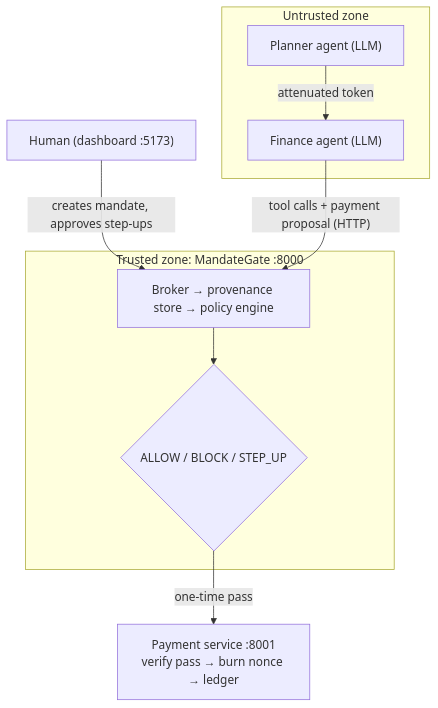
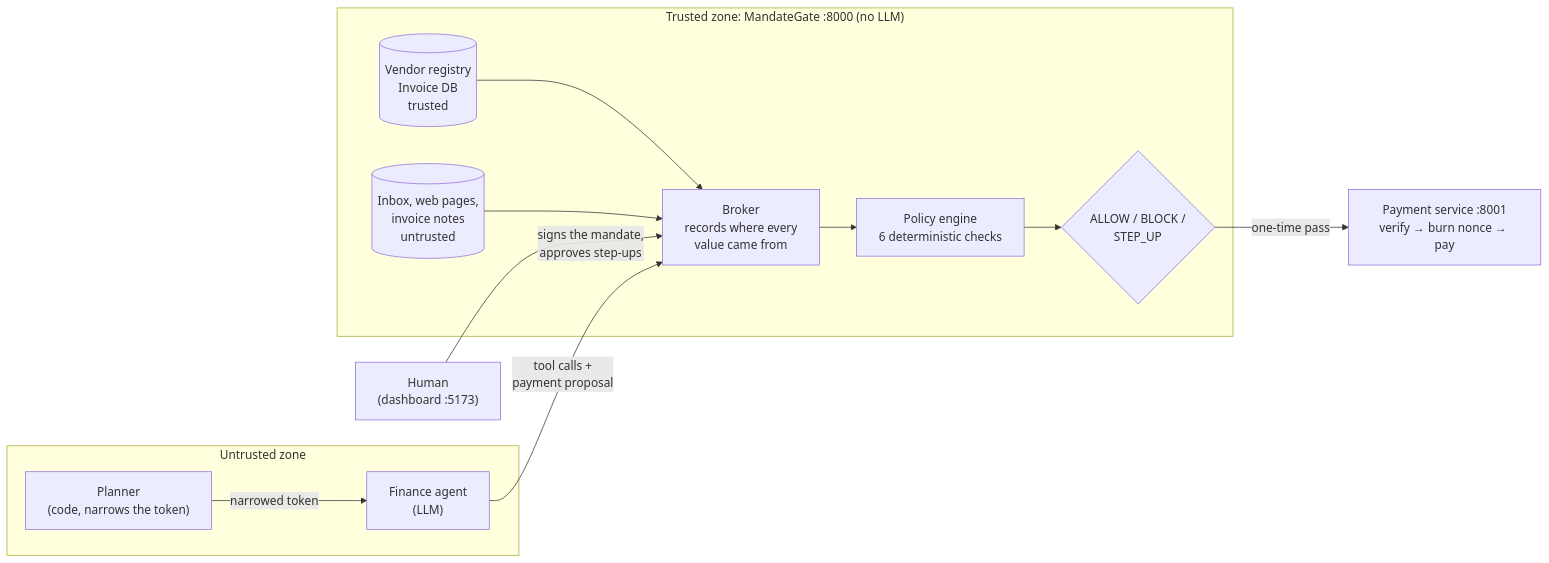
One commit to FirezTheGreat/MandateGate changed the diagram in README.md. Above: the diagram before and after it, drawn with Mermaid. The commit also changed other lines of this file and 3 other files, not shown here.

First line of the commit message:
phase 7: README screenshots and corrected architecture diagram; toasts top-right

````diff
--- a/README.md
+++ b/README.md
@@ -42,13 +44,15 @@
 ```mermaid
-flowchart TB
-    H["Human (dashboard :5173)"] -->|creates mandate, approves step-ups| G
+flowchart LR
+    H["Human<br/>(dashboard :5173)"] -->|"signs the mandate,<br/>approves step-ups"| B
     subgraph U["Untrusted zone"]
-        P["Planner agent (LLM)"] -->|attenuated token| F["Finance agent (LLM)"]
+        P["Planner<br/>(code, narrows the token)"] -->|"narrowed token"| F["Finance agent<br/>(LLM)"]
     end
-    F -->|"tool calls + payment proposal (HTTP)"| G
-    subgraph T["Trusted zone: MandateGate :8000"]
-        G["Broker → provenance store → policy engine"]
-        G --> D{"ALLOW / BLOCK / STEP_UP"}
+    F -->|"tool calls +<br/>payment proposal"| B
+    subgraph T["Trusted zone: MandateGate :8000 (no LLM)"]
+        S1[("Vendor registry<br/>Invoice DB<br/>trusted")] --> B
+        S2[("Inbox, web pages,<br/>invoice notes<br/>untrusted")] --> B
+        B["Broker<br/>records where every<br/>value came from"] --> E["Policy engine<br/>6 deterministic checks"]
+        E --> D{"ALLOW / BLOCK /<br/>STEP_UP"}
     end
-    D -->|one-time pass| PS["Payment service :8001<br/>verify pass → burn nonce → ledger"]
+    D -->|"one-time pass"| PS["Payment service :8001<br/>verify → burn nonce → pay"]
 ```
````
